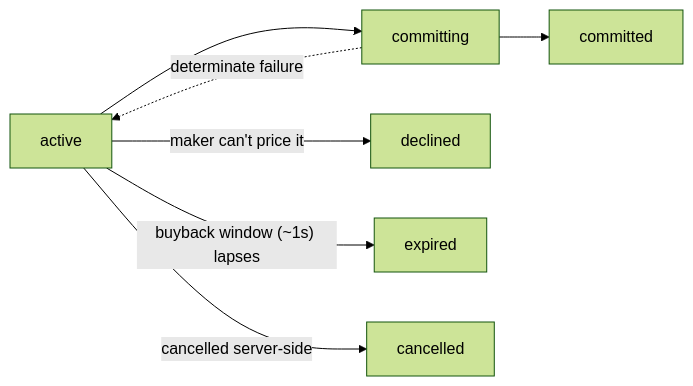
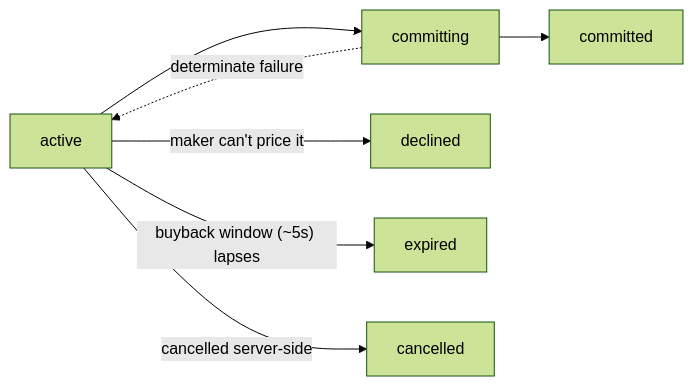
Before and after one commit to totalistrading/docs: the diagram in guides/cashout.mdx, drawn with Mermaid (forest theme). The commit also changed other lines of this file and 3 other files, not shown here.

````diff
--- a/guides/cashout.mdx
+++ b/guides/cashout.mdx
@@ -12,8 +12,8 @@
 ```mermaid
 flowchart LR
     active --> committing --> committed
     committing -. determinate failure .-> active
     active -- maker can't price it --> declined
-    active -- buyback window (~1s) lapses --> expired
+    active -- buyback window (~5s) lapses --> expired
     active -- cancelled server-side --> cancelled
 ```
````
